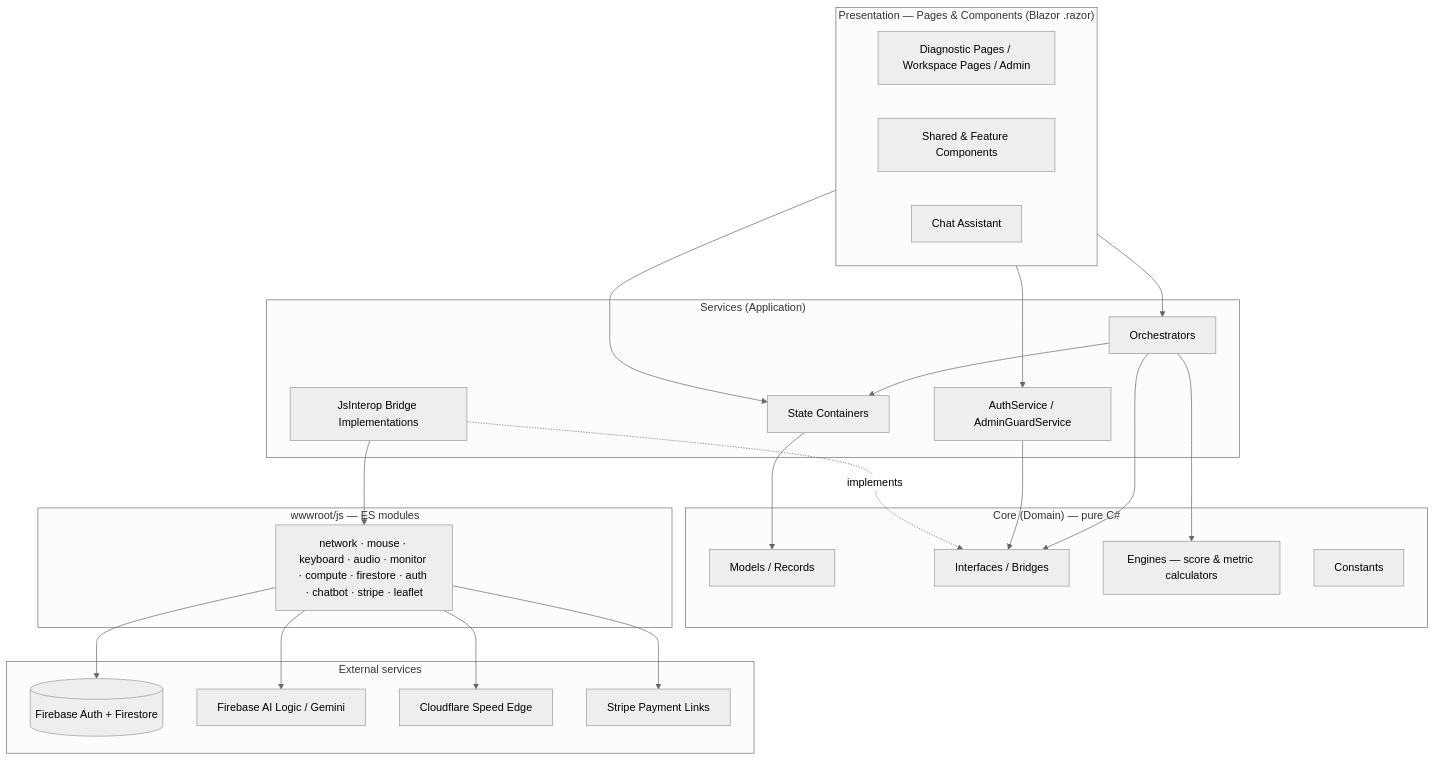
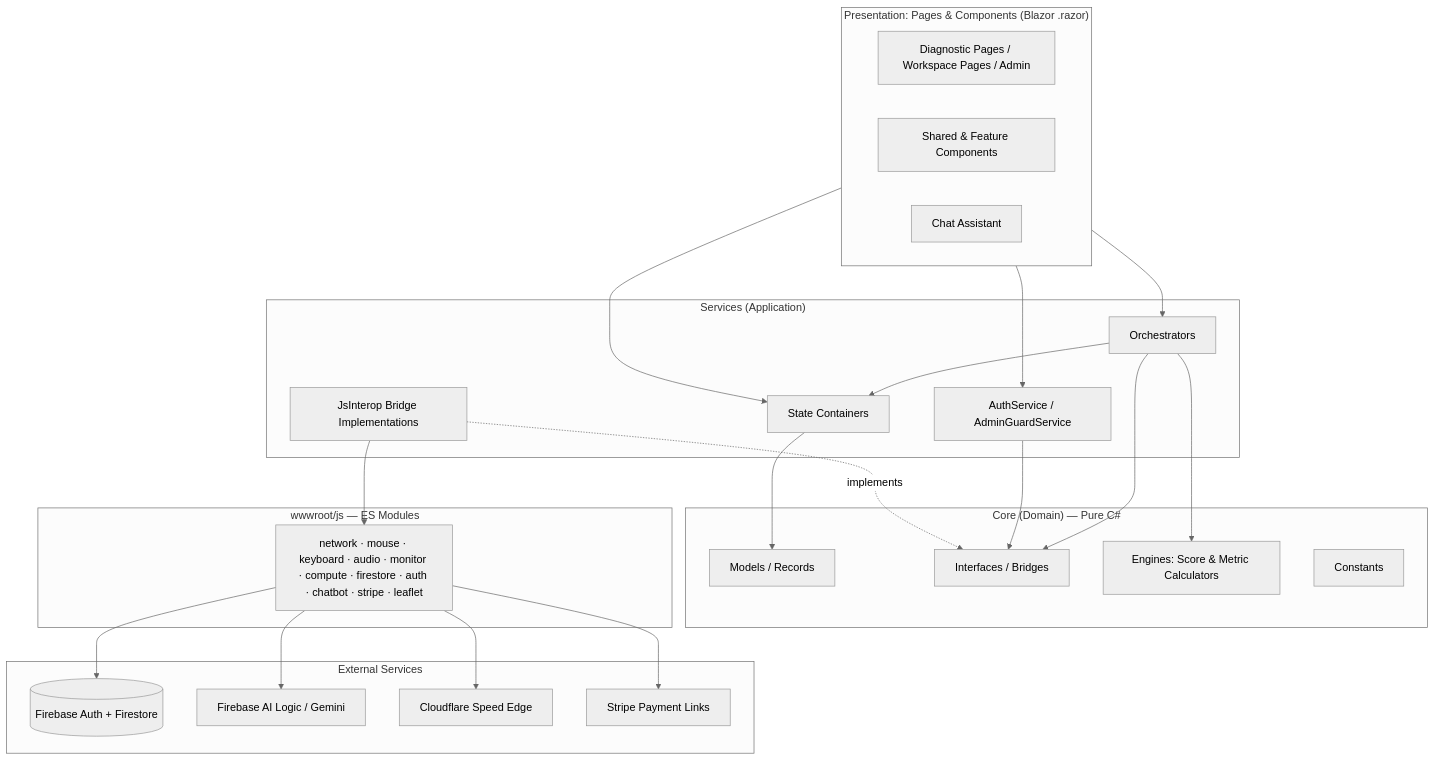
Before and after one commit to codeHannan/Hardware-Diagnostic-Platform-Blazor: the first of 19 diagrams in DESIGN.md, drawn with Mermaid (neutral theme). The commit also changed other lines of this file and 38 other files, not shown here.

````diff
--- a/DESIGN.md
+++ b/DESIGN.md
@@ -44,44 +66,48 @@
 ```mermaid
 flowchart TB
-    subgraph UI["Presentation — Pages & Components (Blazor .razor)"]
+    subgraph UI["Presentation: Pages & Components (Blazor .razor)"]
         P[Diagnostic Pages / Workspace Pages / Admin]
         C[Shared & Feature Components]
         CB[Chat Assistant]
     end
+
     subgraph SVC["Services (Application)"]
         ST[State Containers]
         OR[Orchestrators]
         AU[AuthService / AdminGuardService]
         JS[JsInterop Bridge Implementations]
     end
-    subgraph CORE["Core (Domain) — pure C#"]
+
+    subgraph CORE["Core (Domain) — Pure C#"]
         M[Models / Records]
         I[Interfaces / Bridges]
-        E[Engines — score & metric calculators]
+        E[Engines: Score & Metric Calculators]
         K[Constants]
     end
-    subgraph JSW["wwwroot/js — ES modules"]
+
+    subgraph JSW["wwwroot/js — ES Modules"]
         JM[network · mouse · keyboard · audio · monitor · compute · firestore · auth · chatbot · stripe · leaflet]
     end
-    subgraph EXT["External services"]
+
+    subgraph EXT["External Services"]
         FB[(Firebase Auth + Firestore)]
         AI[Firebase AI Logic / Gemini]
         CF[Cloudflare Speed Edge]
         SP[Stripe Payment Links]
     end
 
     UI --> ST
     UI --> OR
     UI --> AU
     OR --> I
     OR --> ST
     AU --> I
     JS -. implements .-> I
     JS --> JM
     OR --> E
     ST --> M
     JM --> FB
     JM --> AI
     JM --> CF
     JM --> SP
 ```
````
